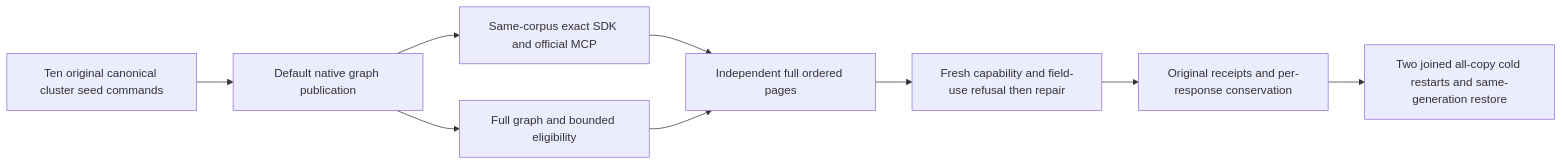
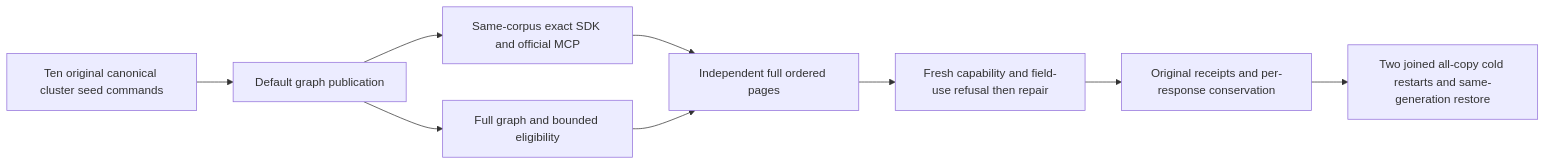
Before and after one commit to managedcode/KeyLoad: the diagram in docs/Features/Search/AdaptiveFilteredPublicCohorts.md, drawn with Mermaid. The commit also changed other lines of this file and 9016 other files, not shown here.

````diff
--- a/docs/Features/Search/AdaptiveFilteredPublicCohorts.md
+++ b/docs/Features/Search/AdaptiveFilteredPublicCohorts.md
@@ -11,11 +11,11 @@
 ```mermaid
 flowchart LR
-    Seed[Ten original canonical cluster seed commands] --> Native[Default native graph publication]
-    Native --> Exact[Same-corpus exact SDK and official MCP]
-    Native --> Adaptive[Full graph and bounded eligibility]
+    Seed[Ten original canonical cluster seed commands] --> Execution[Default graph publication]
+    Execution --> Exact[Same-corpus exact SDK and official MCP]
+    Execution --> Adaptive[Full graph and bounded eligibility]
     Exact --> Oracle[Independent full ordered pages]
     Adaptive --> Oracle
     Oracle --> Authority[Fresh capability and field-use refusal then repair]
     Authority --> Replay[Original receipts and per-response conservation]
     Replay --> Cold[Two joined all-copy cold restarts and same-generation restore]
 ```
````
